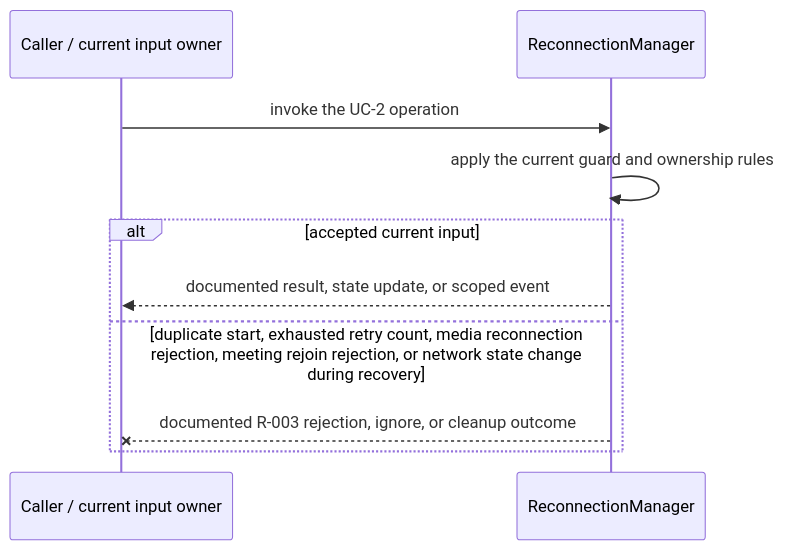
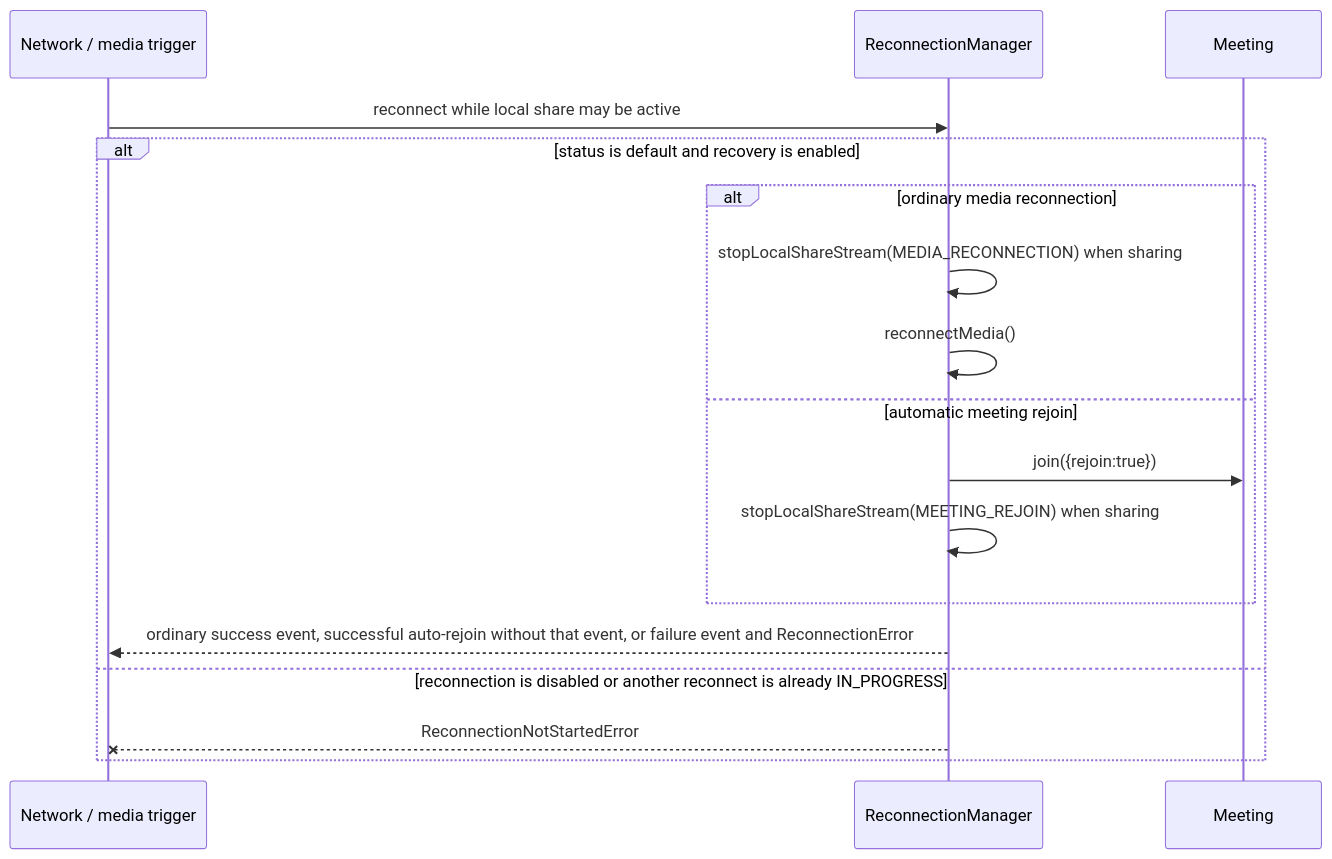
The third of 5 diagrams in packages/@webex/plugin-meetings/src/reconnection-manager/ai-docs/reconnection-manager-spec.md (webex/webex-js-sdk), drawn with Mermaid before and after one commit. The commit also changed other lines of this file and 24 other files, not shown here.

````diff
--- a/packages/@webex/plugin-meetings/src/reconnection-manager/ai-docs/reconnection-manager-spec.md
+++ b/packages/@webex/plugin-meetings/src/reconnection-manager/ai-docs/reconnection-manager-spec.md
@@ -138,12 +161,19 @@
 ```mermaid
 sequenceDiagram
-  participant C as Caller / current input owner
-  participant M as ReconnectionManager
-  C->>M: invoke the UC-2 operation
-  M->>M: apply the current guard and ownership rules
-  alt accepted current input
-    M-->>C: documented result, state update, or scoped event
-  else duplicate start, exhausted retry count, media reconnection rejection, meeting rejoin rejection, or network state change during recovery
-    M--xC: documented R-003 rejection, ignore, or cleanup outcome
+  participant N as Network / media trigger
+  participant R as ReconnectionManager
+  participant M as Meeting
+  N->>R: reconnect while local share may be active
+  alt status is default and recovery is enabled
+    alt ordinary media reconnection
+      R->>R: stopLocalShareStream(MEDIA_RECONNECTION) when sharing
+      R->>R: reconnectMedia()
+    else automatic meeting rejoin
+      R->>M: join({rejoin:true})
+      R->>R: stopLocalShareStream(MEETING_REJOIN) when sharing
+    end
+    R-->>N: ordinary success event, successful auto-rejoin without that event, or failure event and ReconnectionError
+  else reconnection is disabled or another reconnect is already IN_PROGRESS
+    R--xN: ReconnectionNotStartedError
   end
 ```
````
